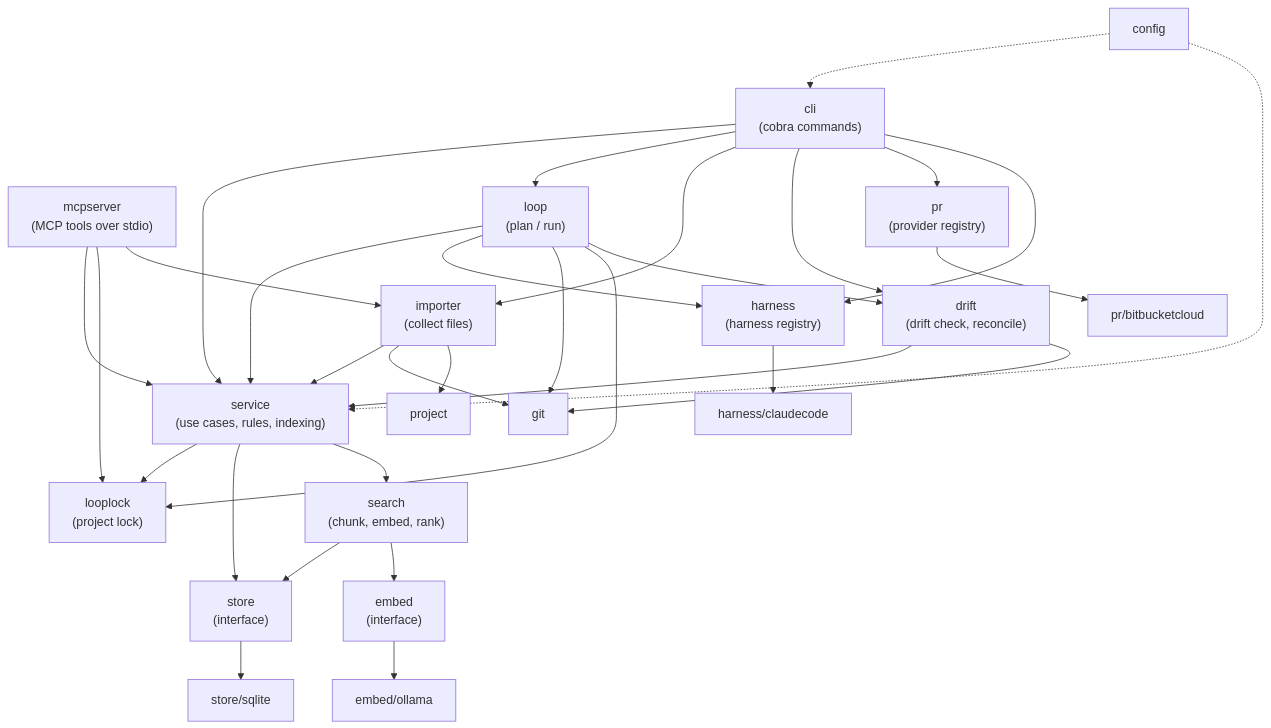
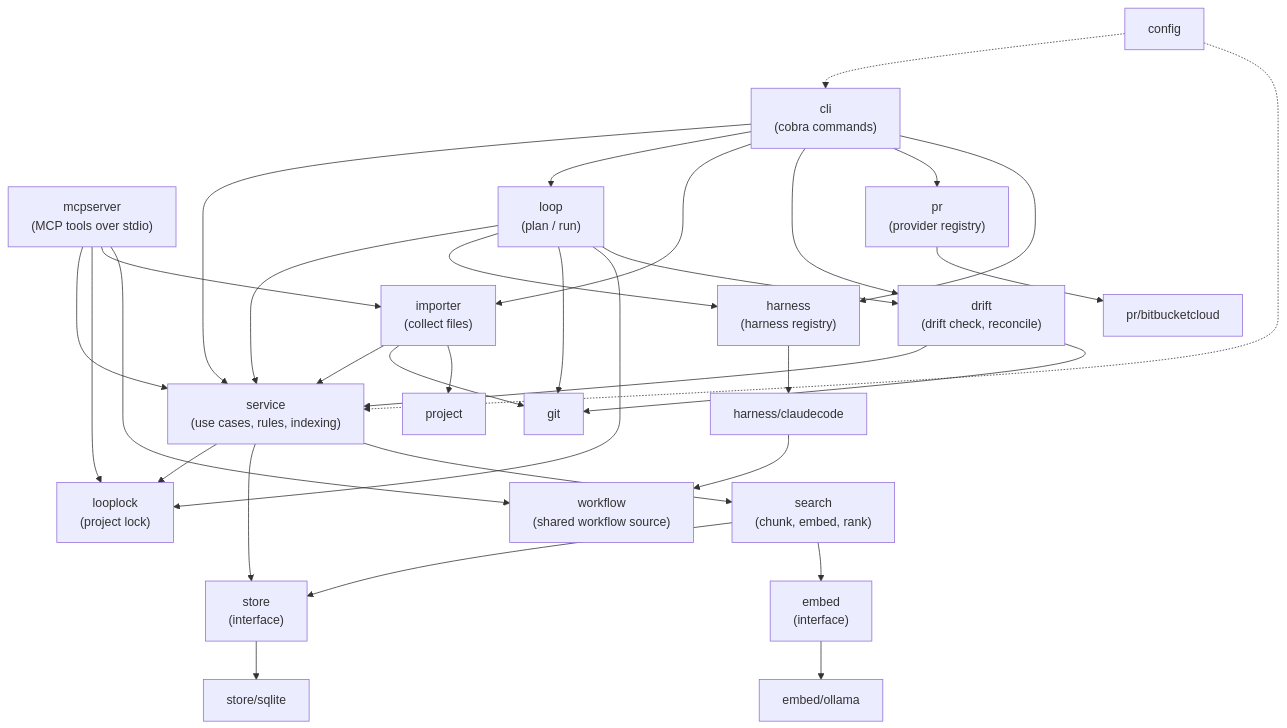
The first of 2 diagrams in docs/architecture.md (bengearig/ralph-cli), drawn with Mermaid before and after one commit. The commit also changed other lines of this file and 4 other files, not shown here.

````diff
--- a/docs/architecture.md
+++ b/docs/architecture.md
@@ -7,33 +7,35 @@
 ```mermaid
 flowchart TD
     CLI["cli<br/>(cobra commands)"] --> SVC
     MCP["mcpserver<br/>(MCP tools over stdio)"] --> SVC
     LOOP["loop<br/>(plan / run)"] --> SVC
     LOOP --> H
     LOOP --> GIT["git"]
     LOOP --> LL["looplock<br/>(project lock)"]
     SVC --> LL
     MCP --> LL
     CLI --> LOOP
     CLI --> IMP["importer<br/>(collect files)"]
     MCP --> IMP
+    MCP --> WF["workflow<br/>(shared workflow source)"]
     IMP --> SVC
     IMP --> GIT
     IMP --> PRJ["project"]
     CLI --> DRIFT["drift<br/>(drift check, reconcile)"]
     LOOP --> DRIFT
     DRIFT --> SVC
     DRIFT --> GIT
     CLI --> PR["pr<br/>(provider registry)"]
     CLI --> H["harness<br/>(harness registry)"]
     SVC["service<br/>(use cases, rules, indexing)"] --> ST["store<br/>(interface)"]
     SVC --> SR["search<br/>(chunk, embed, rank)"]
     SR --> ST
     SR --> EM["embed<br/>(interface)"]
     ST --> SQL["store/sqlite"]
     EM --> OL["embed/ollama"]
     H --> CC["harness/claudecode"]
+    CC --> WF
     PR --> BB["pr/bitbucketcloud"]
     CFG["config"] -.-> CLI
     CFG -.-> SVC
 ```
````
